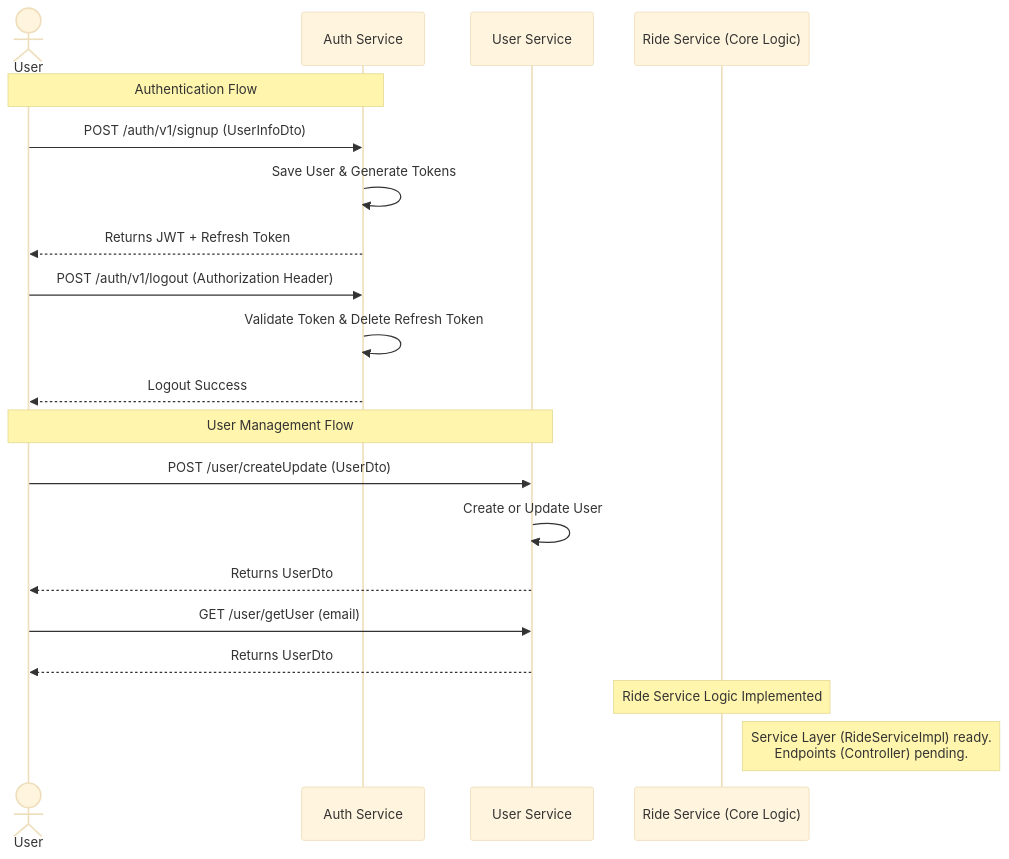
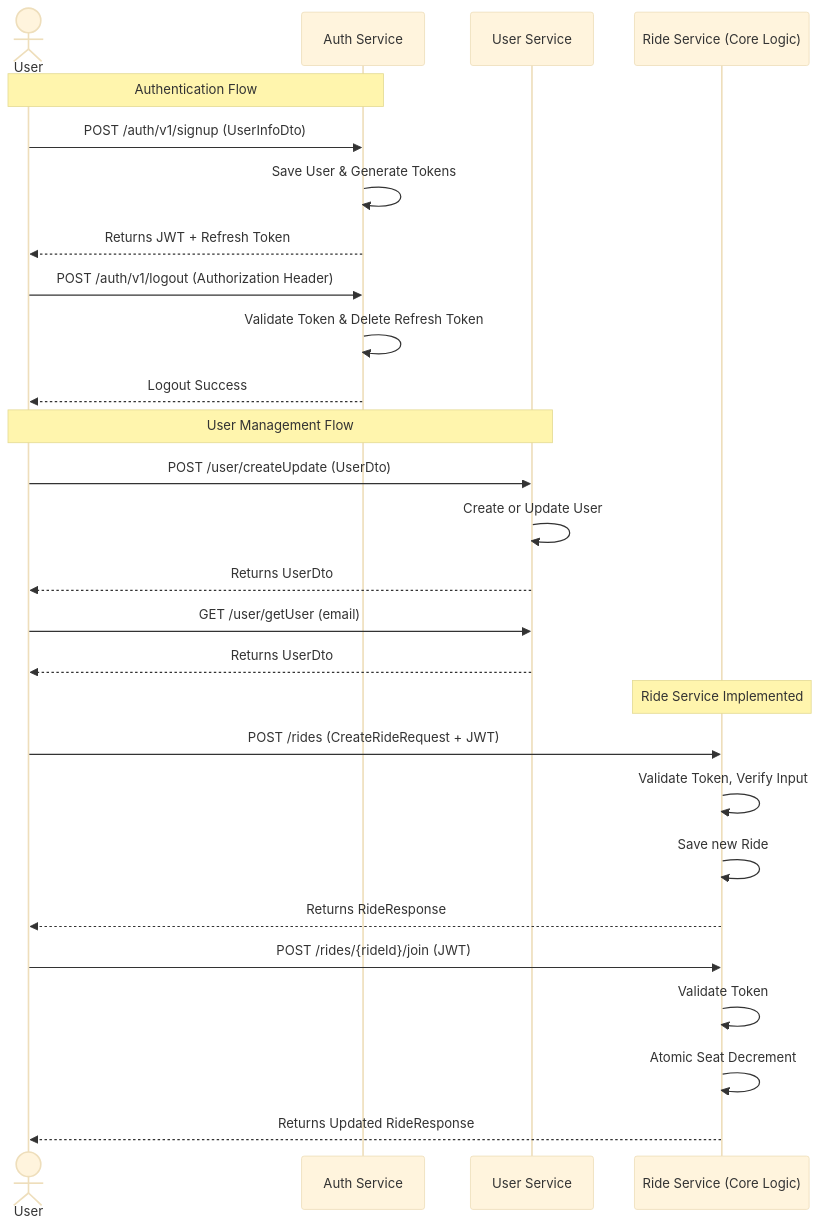
The diagram in README.md (Arnav05-cyber/Cabit), drawn with Mermaid (base theme) before and after one commit. The commit also changed other lines of this file and 10 other files, not shown here.

Commit message:
feat: Implement ride service improvements (JWT, race conditions, global exceptions, validation) and update README

````diff
--- a/README.md
+++ b/README.md
@@ -30,27 +30,35 @@
 ```mermaid
 sequenceDiagram
     actor User
     participant Auth as Auth Service
     participant UserSvc as User Service
     participant Ride as Ride Service (Core Logic)
 
     Note over User, Auth: Authentication Flow
     User->>Auth: POST /auth/v1/signup (UserInfoDto)
     Auth->>Auth: Save User & Generate Tokens
     Auth-->>User: Returns JWT + Refresh Token
 
     User->>Auth: POST /auth/v1/logout (Authorization Header)
     Auth->>Auth: Validate Token & Delete Refresh Token
     Auth-->>User: Logout Success
 
     Note over User, UserSvc: User Management Flow
     User->>UserSvc: POST /user/createUpdate (UserDto)
     UserSvc->>UserSvc: Create or Update User
     UserSvc-->>User: Returns UserDto
 
     User->>UserSvc: GET /user/getUser (email)
     UserSvc-->>User: Returns UserDto
 
-    Note over Ride: Ride Service Logic Implemented
-    Note right of Ride: Service Layer (RideServiceImpl) ready.<br/>Endpoints (Controller) pending.
+    Note over Ride: Ride Service Implemented
+    User->>Ride: POST /rides (CreateRideRequest + JWT)
+    Ride->>Ride: Validate Token, Verify Input
+    Ride->>Ride: Save new Ride
+    Ride-->>User: Returns RideResponse
+
+    User->>Ride: POST /rides/{rideId}/join (JWT)
+    Ride->>Ride: Validate Token
+    Ride->>Ride: Atomic Seat Decrement
+    Ride-->>User: Returns Updated RideResponse
 ```
````
